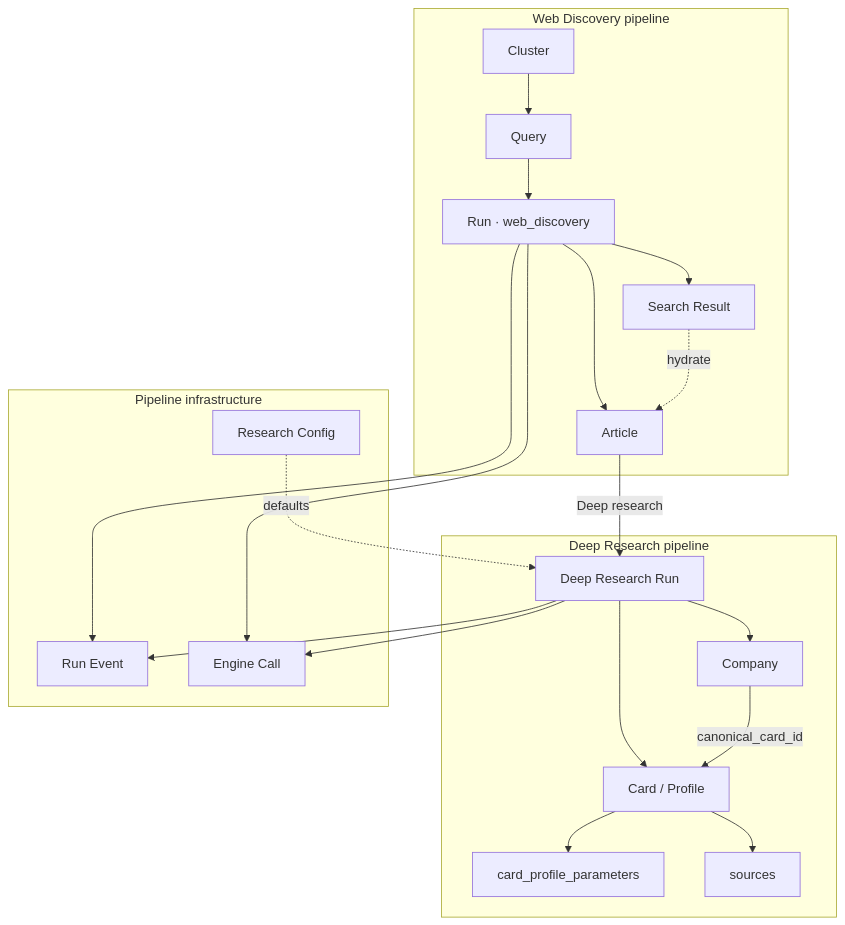
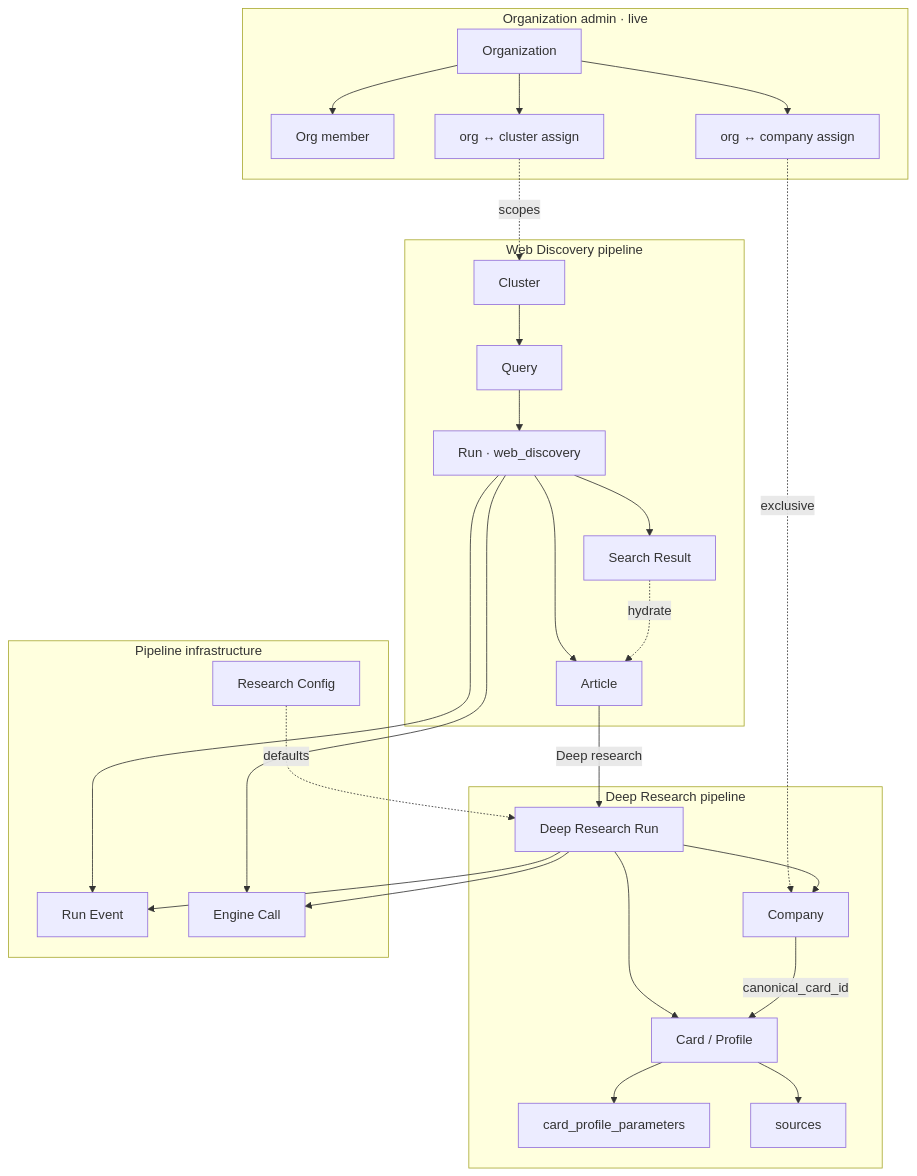
The first of 6 diagrams in docs/phase-1/P1-03.md (Growth-Maschine/NORAD-INTEL-ENGINE-V1), drawn with Mermaid before and after one commit. The commit also changed other lines of this file and 10 other files, not shown here.

````diff
--- a/docs/phase-1/P1-03.md
+++ b/docs/phase-1/P1-03.md
@@ -82,39 +83,52 @@
 ```mermaid
 flowchart TD
     subgraph WebDiscovery["Web Discovery pipeline"]
         CL[Cluster]
         Q[Query]
         RUN[Run · web_discovery]
         SR[Search Result]
         ART[Article]
     end
 
     subgraph DeepResearch["Deep Research pipeline"]
         DRR[Deep Research Run]
         CO[Company]
         CARD[Card / Profile]
         CPP[card_profile_parameters]
         SRC[sources]
     end
 
     subgraph Infra["Pipeline infrastructure"]
         RE[Run Event]
         EC[Engine Call]
         RC[Research Config]
     end
 
+    subgraph OrgAdmin["Organization admin · live"]
+        ORG[Organization]
+        MEM[Org member]
+        OC[org ↔ cluster assign]
+        OCO[org ↔ company assign]
+    end
+
+    ORG --> MEM
+    ORG --> OC
+    ORG --> OCO
+    OC -.->|scopes| CL
+    OCO -.->|exclusive| CO
+
     CL --> Q --> RUN --> SR
     RUN --> ART
     SR -.->|hydrate| ART
   ART -->|Deep research| DRR
     DRR --> CO
     DRR --> CARD
     CARD --> SRC
     CARD --> CPP
     CO -->|canonical_card_id| CARD
     RUN --> RE
     DRR --> RE
     RUN --> EC
     DRR --> EC
     RC -.->|defaults| DRR
 ```
````
